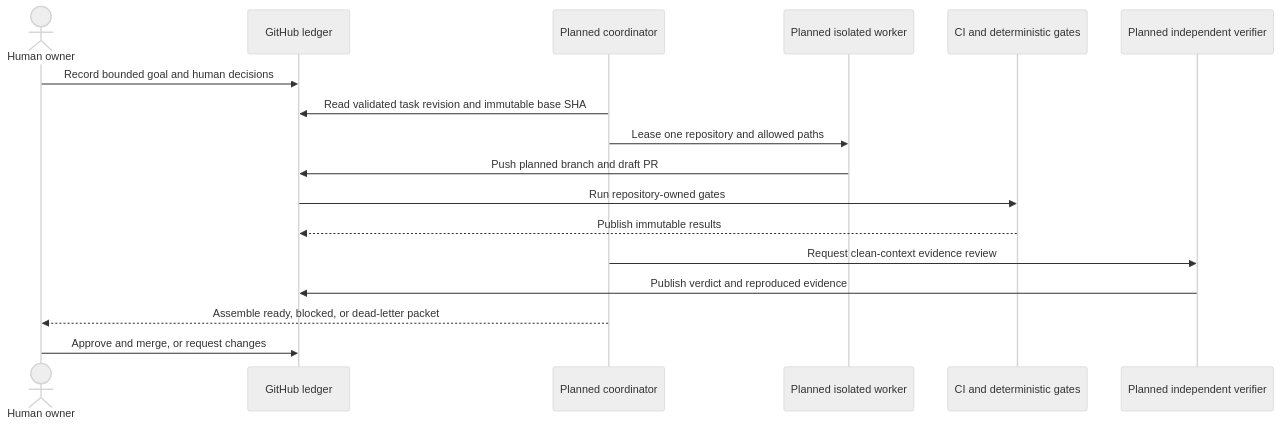
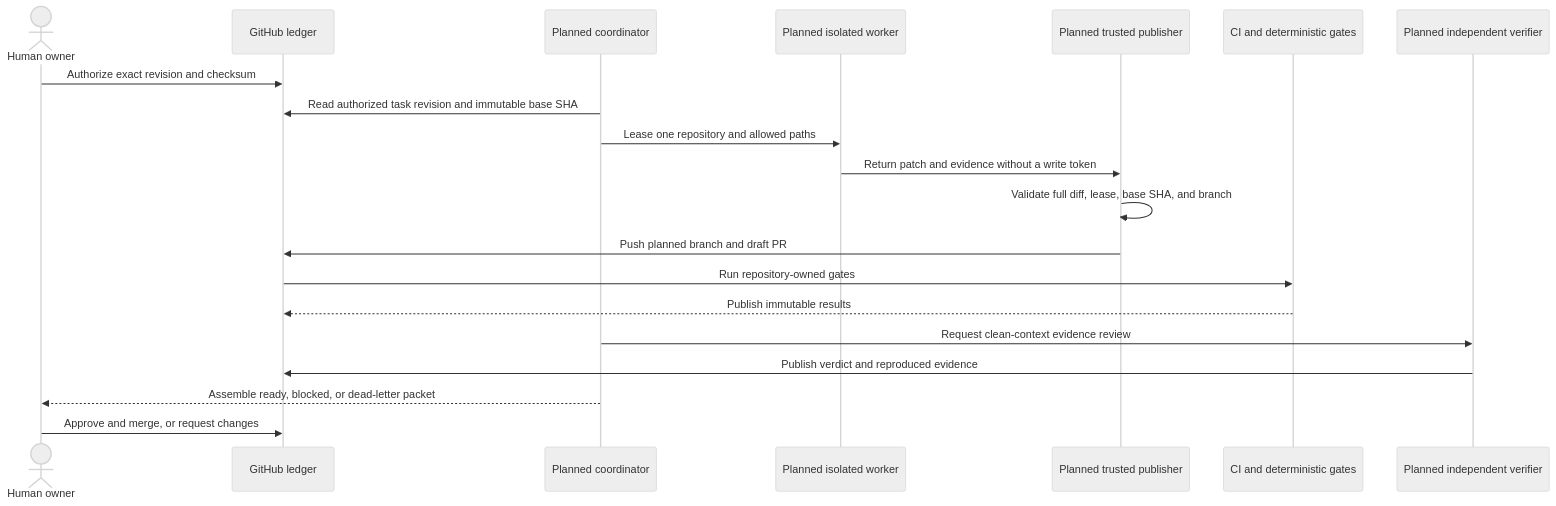
The diagram in docs/proposals/rfc/RFC-0033/README.md (duynhlab/homelab), drawn with Mermaid (neutral theme) before and after one commit. The commit also changed other lines of this file and 1 other file, not shown here.

````diff
--- a/docs/proposals/rfc/RFC-0033/README.md
+++ b/docs/proposals/rfc/RFC-0033/README.md
@@ -129,20 +131,23 @@
 ```mermaid
 sequenceDiagram
     actor Owner as Human owner
     participant Ledger as GitHub ledger
     participant Coord as Planned coordinator
     participant Worker as Planned isolated worker
+    participant Publish as Planned trusted publisher
     participant CI as CI and deterministic gates
     participant Verify as Planned independent verifier
 
-    Owner->>Ledger: Record bounded goal and human decisions
-    Coord->>Ledger: Read validated task revision and immutable base SHA
+    Owner->>Ledger: Authorize exact revision and checksum
+    Coord->>Ledger: Read authorized task revision and immutable base SHA
     Coord->>Worker: Lease one repository and allowed paths
-    Worker->>Ledger: Push planned branch and draft PR
+    Worker->>Publish: Return patch and evidence without a write token
+    Publish->>Publish: Validate full diff, lease, base SHA, and branch
+    Publish->>Ledger: Push planned branch and draft PR
     Ledger->>CI: Run repository-owned gates
     CI-->>Ledger: Publish immutable results
     Coord->>Verify: Request clean-context evidence review
     Verify->>Ledger: Publish verdict and reproduced evidence
     Coord-->>Owner: Assemble ready, blocked, or dead-letter packet
     Owner->>Ledger: Approve and merge, or request changes
 ```
````
